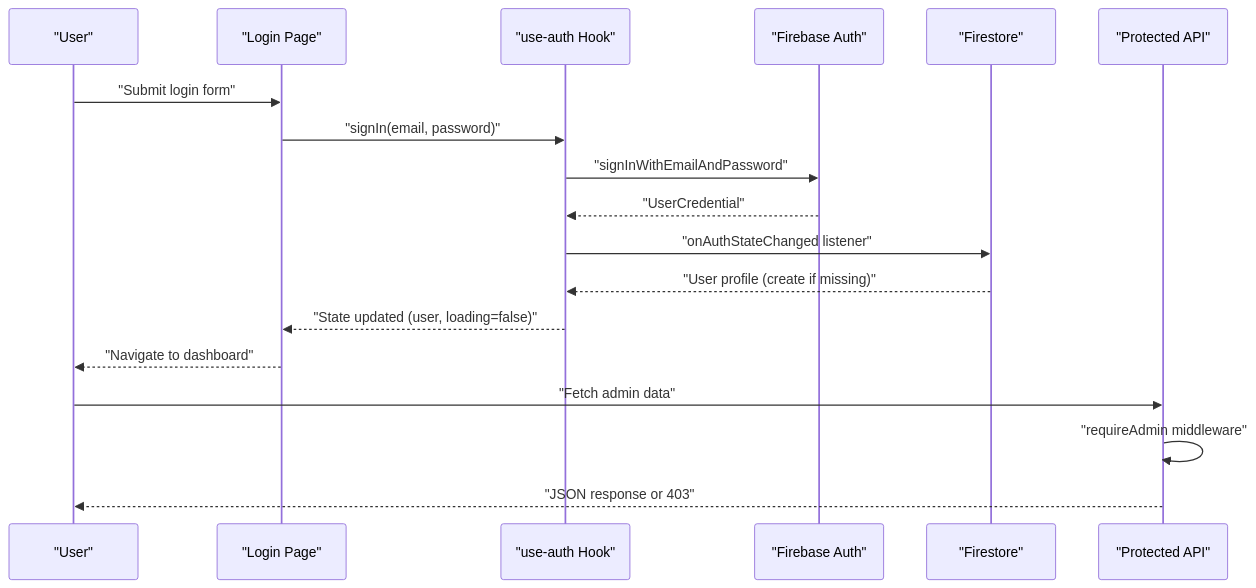
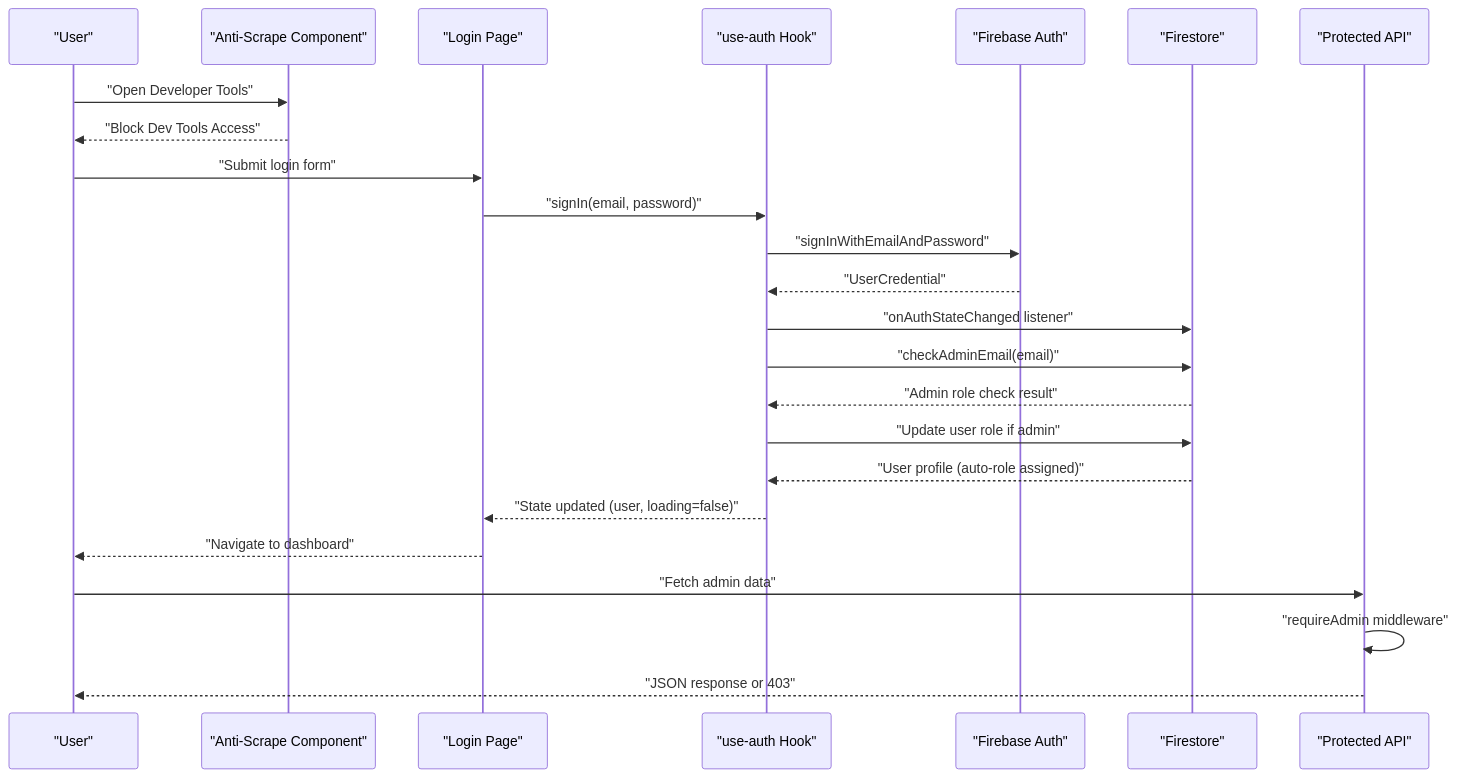
Before and after one commit to alikizang/datafrica: the second of 5 diagrams in .qoder/repowiki/en/content/Authentication System/Authentication System.md, drawn with Mermaid. The commit also changed other lines of this file and 15 other files, not shown here.

````diff
--- a/.qoder/repowiki/en/content/Authentication System/Authentication System.md
+++ b/.qoder/repowiki/en/content/Authentication System/Authentication System.md
@@ -100,20 +119,26 @@
 ```mermaid
 sequenceDiagram
 participant U as "User"
+participant AS as "Anti-Scrape Component"
 participant LP as "Login Page"
 participant AH as "use-auth Hook"
 participant FA as "Firebase Auth"
 participant FS as "Firestore"
 participant AP as "Protected API"
+U->>AS : "Open Developer Tools"
+AS-->>U : "Block Dev Tools Access"
 U->>LP : "Submit login form"
 LP->>AH : "signIn(email, password)"
 AH->>FA : "signInWithEmailAndPassword"
 FA-->>AH : "UserCredential"
 AH->>FS : "onAuthStateChanged listener"
-FS-->>AH : "User profile (create if missing)"
+AH->>FS : "checkAdminEmail(email)"
+FS-->>AH : "Admin role check result"
+AH->>FS : "Update user role if admin"
+FS-->>AH : "User profile (auto-role assigned)"
 AH-->>LP : "State updated (user, loading=false)"
 LP-->>U : "Navigate to dashboard"
 U->>AP : "Fetch admin data"
 AP->>AP : "requireAdmin middleware"
 AP-->>U : "JSON response or 403"
 ```
````
